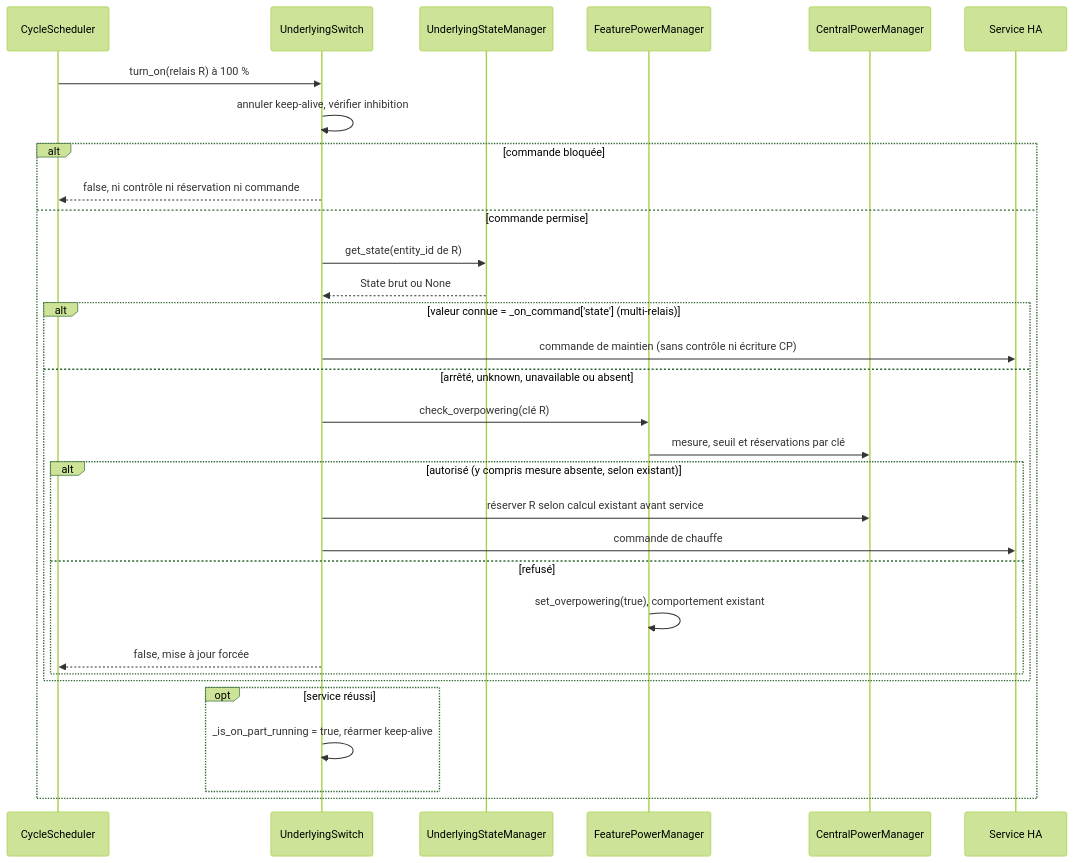
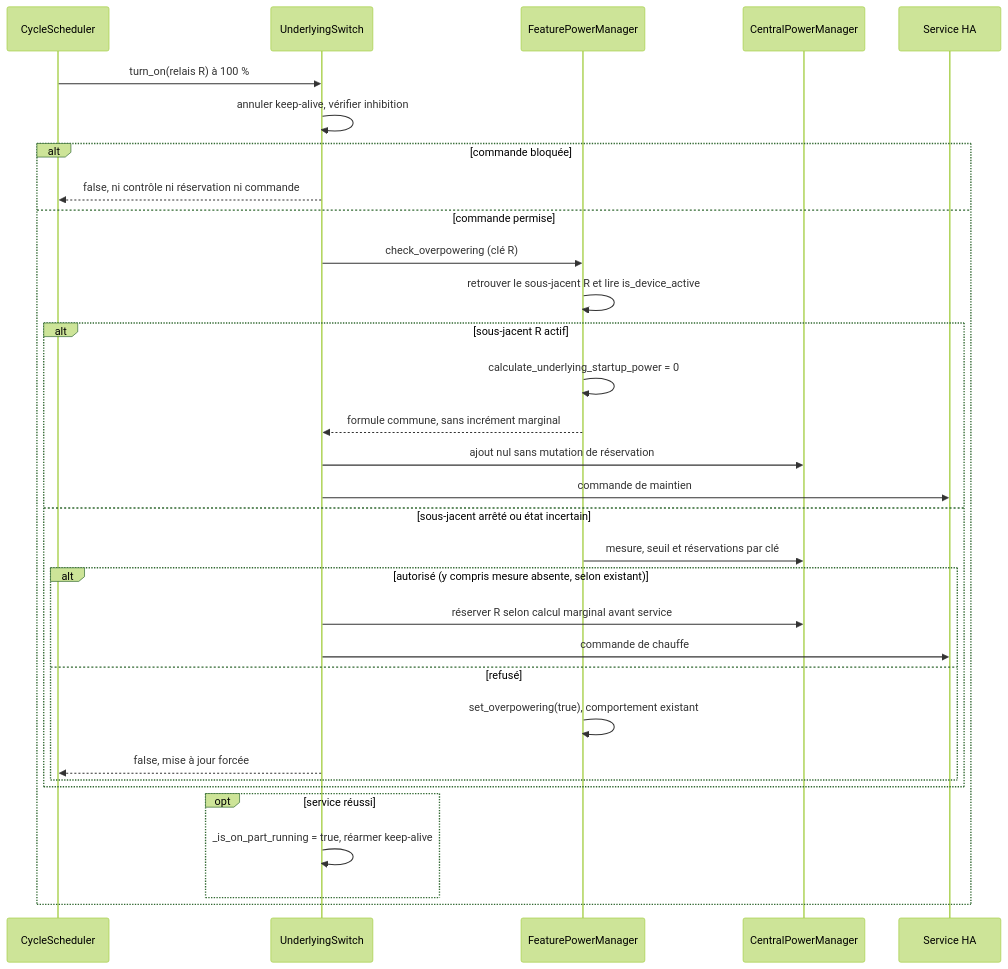
The diagram in documentation/tech-docs/issue-2145-design.md (jmcollin78/versatile_thermostat), drawn with Mermaid (forest theme) before and after one commit. The commit also changed other lines of this file and 7 other files, not shown here.

````diff
--- a/documentation/tech-docs/issue-2145-design.md
+++ b/documentation/tech-docs/issue-2145-design.md
@@ -44,33 +44,34 @@
 ```mermaid
 sequenceDiagram
     participant CS as CycleScheduler
     participant US as UnderlyingSwitch
-    participant SM as UnderlyingStateManager
     participant PM as FeaturePowerManager
     participant CP as CentralPowerManager
     participant HA as Service HA
     CS->>US: turn_on(relais R) à 100 %
     US->>US: annuler keep-alive, vérifier inhibition
     alt commande bloquée
         US-->>CS: false, ni contrôle ni réservation ni commande
     else commande permise
-        US->>SM: get_state(entity_id de R)
-        SM-->>US: State brut ou None
-        alt valeur connue = _on_command['state'] (multi-relais)
-            US->>HA: commande de maintien (sans contrôle ni écriture CP)
-        else arrêté, unknown, unavailable ou absent
-            US->>PM: check_overpowering(clé R)
+        US->>PM: check_overpowering (clé R)
+        PM->>PM: retrouver le sous-jacent R et lire is_device_active
+        alt sous-jacent R actif
+            PM->>PM: calculate_underlying_startup_power = 0
+            PM-->>US: formule commune, sans incrément marginal
+            US->>CP: ajout nul sans mutation de réservation
+            US->>HA: commande de maintien
+        else sous-jacent arrêté ou état incertain
             PM->>CP: mesure, seuil et réservations par clé
             alt autorisé (y compris mesure absente, selon existant)
-                US->>CP: réserver R selon calcul existant avant service
+                US->>CP: réserver R selon calcul marginal avant service
                 US->>HA: commande de chauffe
             else refusé
                 PM->>PM: set_overpowering(true), comportement existant
                 US-->>CS: false, mise à jour forcée
             end
         end
         opt service réussi
             US->>US: _is_on_part_running = true, réarmer keep-alive
         end
     end
 ```
````
